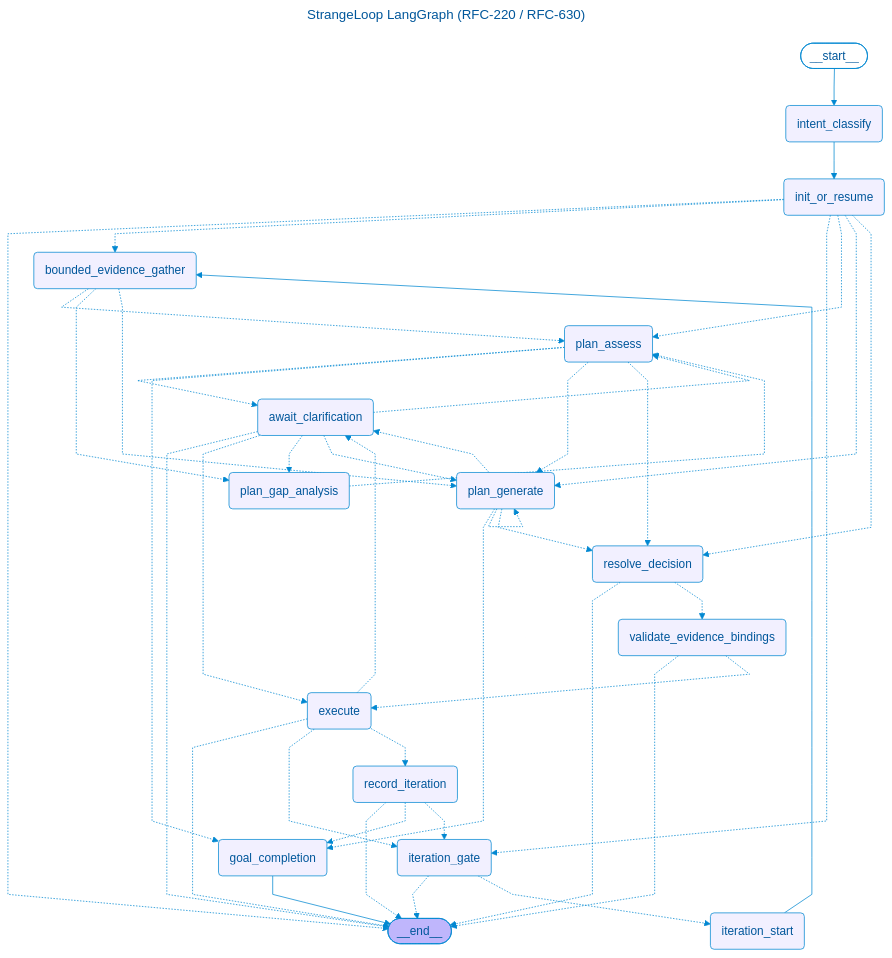
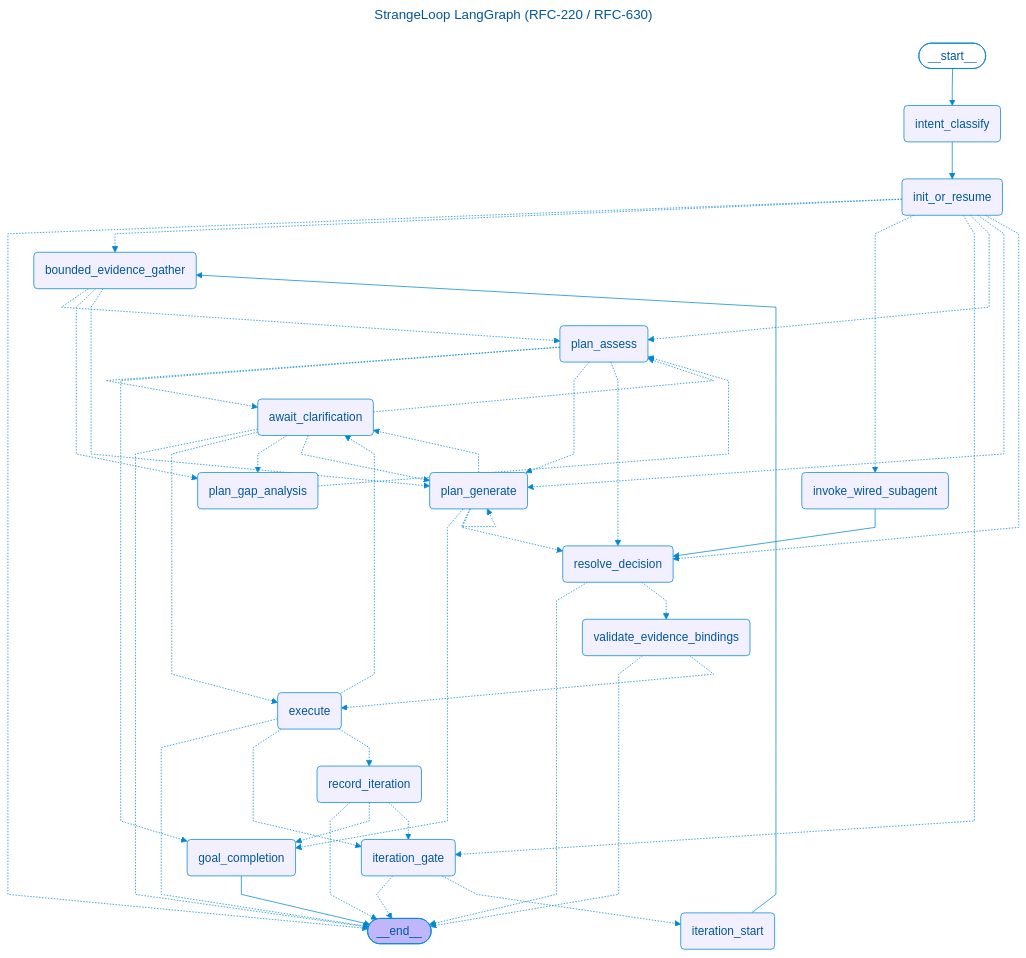
The diagram in docs/diagrams/strange_loop_graph.mmd (OpenSoothe/soothe), drawn with Mermaid before and after one commit. The commit also changed 39 other files, not shown here.

```diff
--- a/docs/diagrams/strange_loop_graph.mmd
+++ b/docs/diagrams/strange_loop_graph.mmd
@@ -1,74 +1,77 @@
 ---
 title: StrangeLoop LangGraph (RFC-220 / RFC-630)
 config:
   flowchart:
     curve: linear
   theme: base
   themeVariables:
     primaryColor: "#e1f5fe"
     primaryTextColor: "#01579b"
     primaryBorderColor: "#0288d1"
     lineColor: "#0288d1"
     secondaryColor: "#fff3e0"
     tertiaryColor: "#f3e5f5"
 ---
 graph TD;
 	__start__([<p>__start__</p>]):::first
 	intent_classify(intent_classify)
 	init_or_resume(init_or_resume)
+	invoke_wired_subagent(invoke_wired_subagent)
 	iteration_gate(iteration_gate)
 	iteration_start(iteration_start)
 	bounded_evidence_gather(bounded_evidence_gather)
 	plan_gap_analysis(plan_gap_analysis)
 	plan_assess(plan_assess)
 	plan_generate(plan_generate)
 	goal_completion(goal_completion)
 	resolve_decision(resolve_decision)
 	validate_evidence_bindings(validate_evidence_bindings)
 	execute(execute)
 	record_iteration(record_iteration)
 	await_clarification(await_clarification)
 	__end__([<p>__end__</p>]):::last
 	__start__ --> intent_classify;
 	await_clarification -.-> __end__;
 	await_clarification -.-> execute;
 	await_clarification -.-> plan_assess;
 	await_clarification -.-> plan_gap_analysis;
 	await_clarification -.-> plan_generate;
 	bounded_evidence_gather -.-> plan_assess;
 	bounded_evidence_gather -.-> plan_gap_analysis;
 	bounded_evidence_gather -.-> plan_generate;
 	execute -.-> __end__;
 	execute -.-> await_clarification;
 	execute -.-> iteration_gate;
 	execute -.-> record_iteration;
 	init_or_resume -.-> __end__;
 	init_or_resume -.-> bounded_evidence_gather;
+	init_or_resume -.-> invoke_wired_subagent;
 	init_or_resume -.-> iteration_gate;
 	init_or_resume -.-> plan_assess;
 	init_or_resume -.-> plan_generate;
 	init_or_resume -.-> resolve_decision;
 	intent_classify --> init_or_resume;
+	invoke_wired_subagent --> resolve_decision;
 	iteration_gate -.-> __end__;
 	iteration_gate -.-> iteration_start;
 	iteration_start --> bounded_evidence_gather;
 	plan_assess -.-> await_clarification;
 	plan_assess -.-> goal_completion;
 	plan_assess -.-> plan_generate;
 	plan_assess -.-> resolve_decision;
 	plan_gap_analysis -.-> plan_assess;
 	plan_generate -.-> await_clarification;
 	plan_generate -.-> goal_completion;
 	plan_generate -.-> resolve_decision;
 	record_iteration -.-> __end__;
 	record_iteration -.-> goal_completion;
 	record_iteration -.-> iteration_gate;
 	resolve_decision -.-> __end__;
 	resolve_decision -.-> validate_evidence_bindings;
 	validate_evidence_bindings -.-> __end__;
 	validate_evidence_bindings -.-> execute;
 	goal_completion --> __end__;
 	plan_generate -.-> plan_generate;
 	classDef default fill:#f2f0ff,line-height:1.2
 	classDef first fill-opacity:0
 	classDef last fill:#bfb6fc
```
